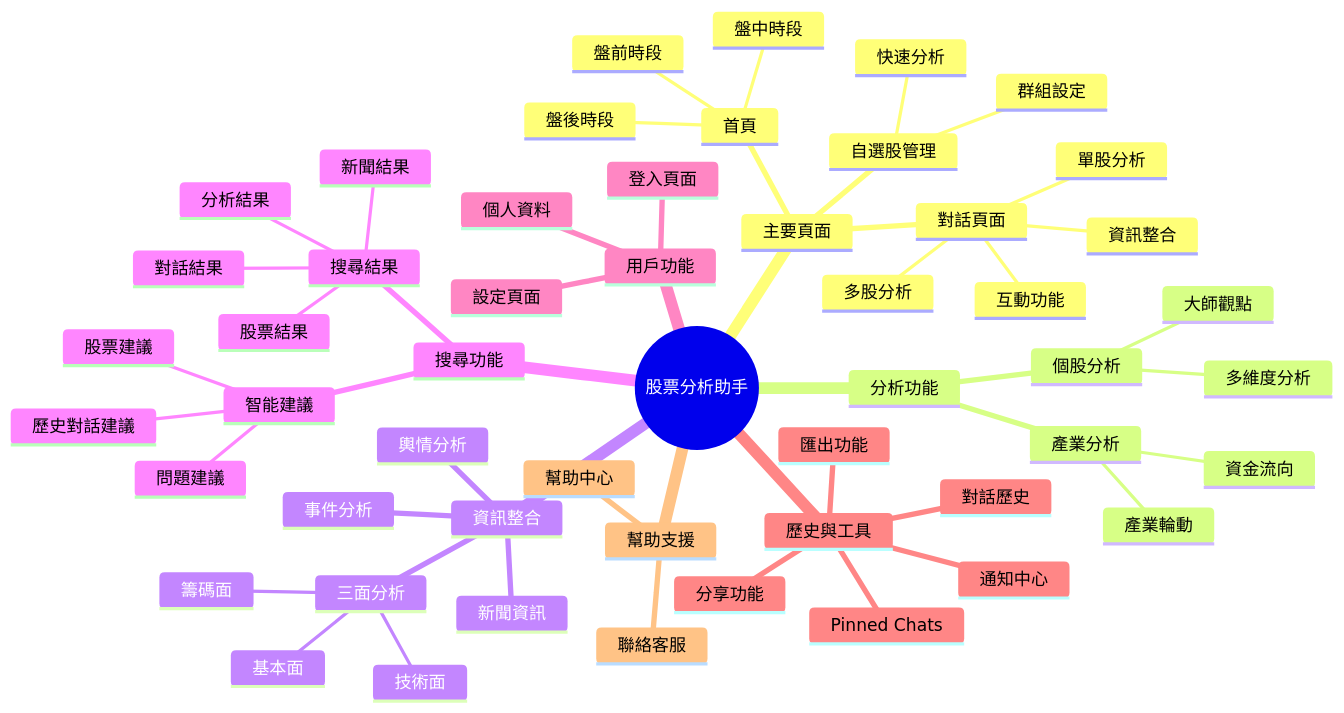
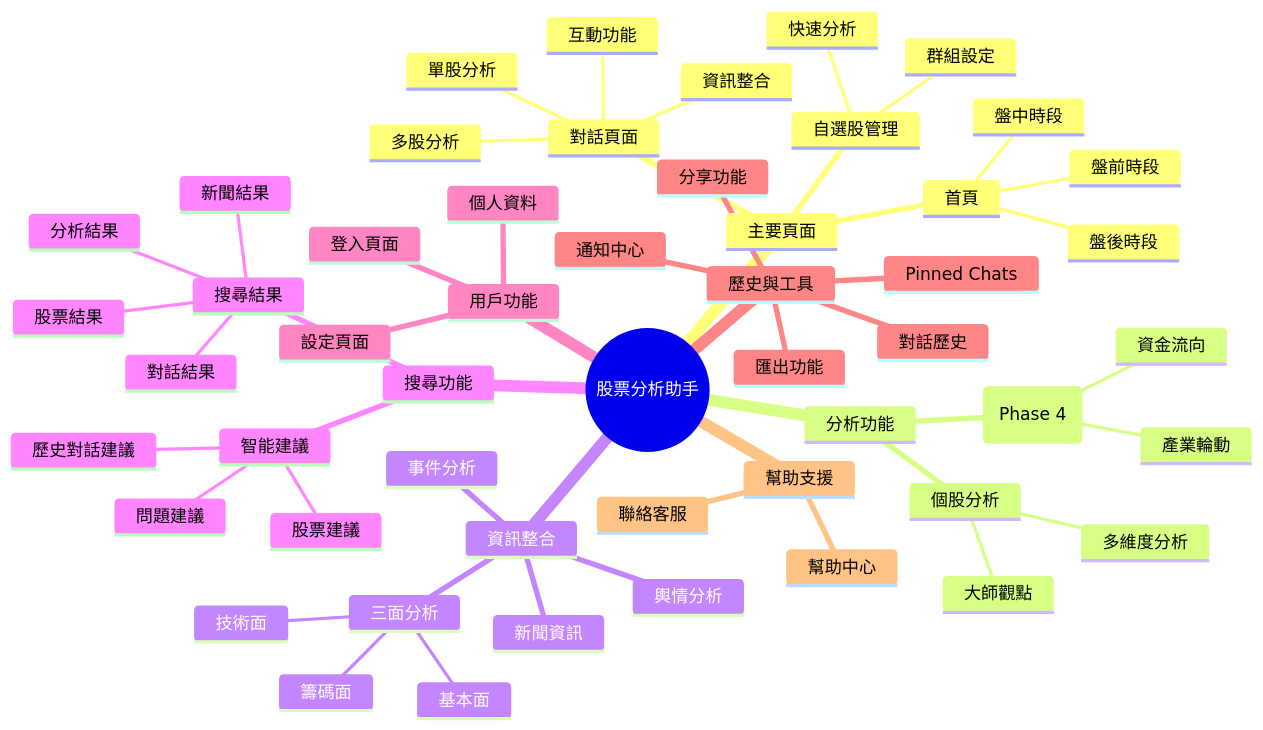
Before and after one commit to hihihowru/ai-chatbot-proxy: the second of 2 diagrams in docs/sitemap.md, drawn with Mermaid. The commit also changed other lines of this file, not shown here.

````diff
--- a/docs/sitemap.md
+++ b/docs/sitemap.md
@@ -58,55 +58,55 @@
 ```mermaid
 mindmap
   root((股票分析助手))
     主要頁面
       首頁
         盤前時段
         盤中時段
         盤後時段
       對話頁面
         多股分析
         單股分析
         資訊整合
         互動功能
       自選股管理
         群組設定
         快速分析
     分析功能
       個股分析
         大師觀點
         多維度分析
-      產業分析
+      產業分析 (Phase 4)
         產業輪動
         資金流向
     資訊整合
       新聞資訊
       輿情分析
       事件分析
       三面分析
         籌碼面
         基本面
         技術面
     搜尋功能
       智能建議
         股票建議
         問題建議
         歷史對話建議
       搜尋結果
         股票結果
         新聞結果
         對話結果
         分析結果
     用戶功能
       登入頁面
       個人資料
       設定頁面
     歷史與工具
       對話歷史
       Pinned Chats
       匯出功能
       分享功能
       通知中心
     幫助支援
       幫助中心
       聯絡客服
 ```
````
